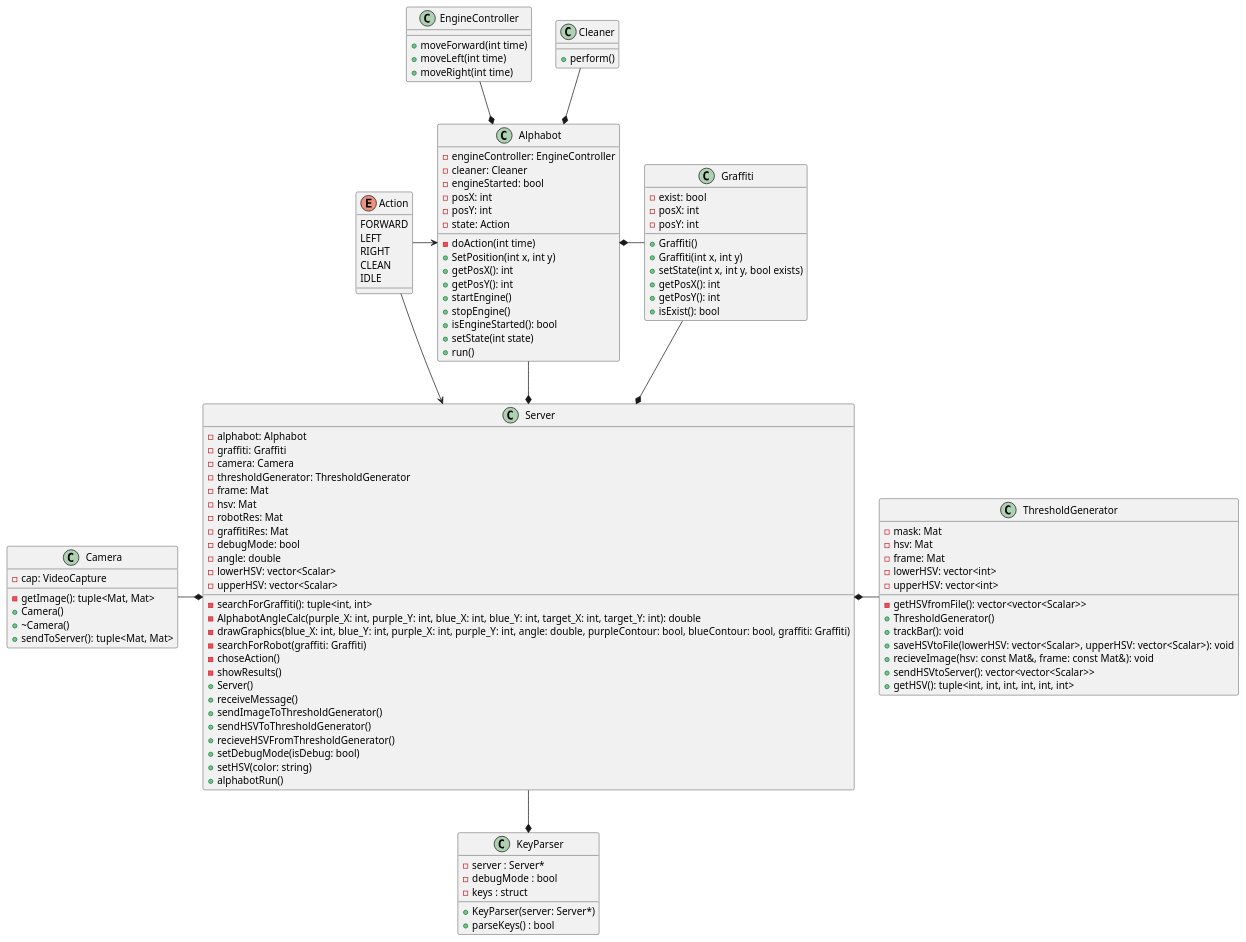
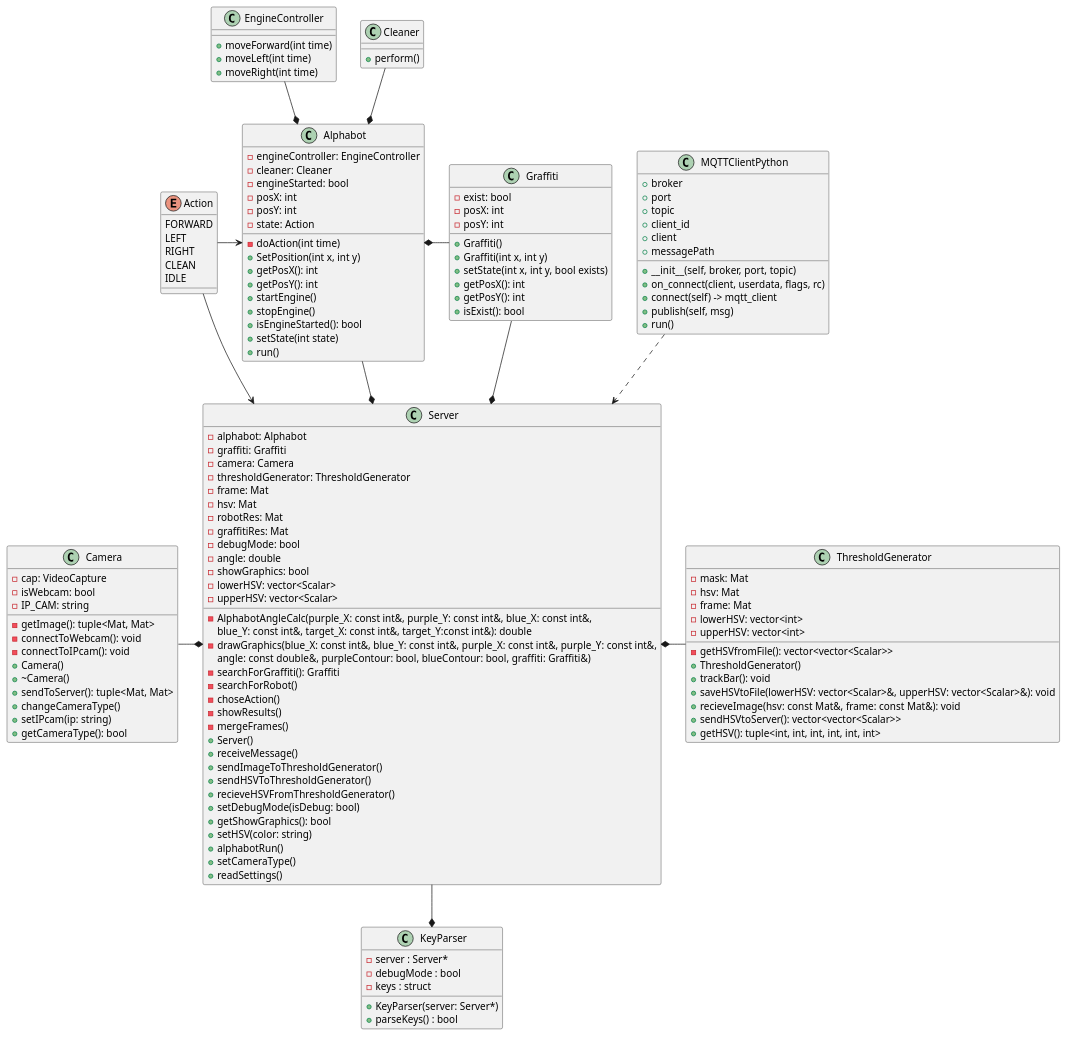
The diagram in docs/plantUML.wsd (kolganovr/Alphabot), drawn with PlantUML before and after one commit. The commit also changed 1 other file, not shown here.

```diff
--- a/docs/plantUML.wsd
+++ b/docs/plantUML.wsd
@@ -1,121 +1,150 @@
 @startuml Alphabot
 
 enum Action {
     FORWARD
     LEFT
     RIGHT
     CLEAN
     IDLE
 }
 
 class EngineController {
     + moveForward(int time)
     + moveLeft(int time)
     + moveRight(int time)
 }
 
 class Cleaner {
     + perform()
 }
 
 class Camera {
     - cap: VideoCapture
+    - isWebcam: bool
+    - IP_CAM: string
     - getImage(): tuple<Mat, Mat>
+    - connectToWebcam(): void
+    - connectToIPcam(): void
     + Camera()
     + ~Camera()
     + sendToServer(): tuple<Mat, Mat>
+    + changeCameraType()
+    + setIPcam(ip: string)
+    + getCameraType(): bool
 }
 
 class Graffiti {
     - exist: bool
     - posX: int
     - posY: int
     + Graffiti()
     + Graffiti(int x, int y)
     + setState(int x, int y, bool exists)
     + getPosX(): int
     + getPosY(): int
     + isExist(): bool
 }
 
 class Alphabot {
     - engineController: EngineController
     - cleaner: Cleaner
     - engineStarted: bool
     - posX: int
     - posY: int
     - state: Action
     - doAction(int time)
     + SetPosition(int x, int y)
     + getPosX(): int
     + getPosY(): int
     + startEngine()
     + stopEngine()
     + isEngineStarted(): bool
     + setState(int state)
     + run()
 }
 
 class ThresholdGenerator {
     - mask: Mat
     - hsv: Mat
     - frame: Mat
     - lowerHSV: vector<int>
     - upperHSV: vector<int>
     - getHSVfromFile(): vector<vector<Scalar>>
     + ThresholdGenerator()
     + trackBar(): void
-    + saveHSVtoFile(lowerHSV: vector<Scalar>, upperHSV: vector<Scalar>): void
+    + saveHSVtoFile(lowerHSV: vector<Scalar>&, upperHSV: vector<Scalar>&): void
     + recieveImage(hsv: const Mat&, frame: const Mat&): void
     + sendHSVtoServer(): vector<vector<Scalar>>
     + getHSV(): tuple<int, int, int, int, int, int>
 }
 
 class Server {
 - alphabot: Alphabot
 - graffiti: Graffiti
 - camera: Camera
 - thresholdGenerator: ThresholdGenerator
 - frame: Mat
 - hsv: Mat
 - robotRes: Mat
 - graffitiRes: Mat
 - debugMode: bool
 - angle: double
+- showGraphics: bool
 - lowerHSV: vector<Scalar>
 - upperHSV: vector<Scalar>
-- searchForGraffiti(): tuple<int, int>
-- AlphabotAngleCalc(purple_X: int, purple_Y: int, blue_X: int, blue_Y: int, target_X: int, target_Y: int): double
-- drawGraphics(blue_X: int, blue_Y: int, purple_X: int, purple_Y: int, angle: double, purpleContour: bool, blueContour: bool, graffiti: Graffiti)
-- searchForRobot(graffiti: Graffiti)
+- AlphabotAngleCalc(purple_X: const int&, purple_Y: const int&, blue_X: const int&, 
+blue_Y: const int&, target_X: const int&, target_Y:const int&): double
+- drawGraphics(blue_X: const int&, blue_Y: const int&, purple_X: const int&, purple_Y: const int&, 
+angle: const double&, purpleContour: bool, blueContour: bool, graffiti: Graffiti&)
+- searchForGraffiti(): Graffiti
+- searchForRobot()
 - choseAction()
 - showResults()
+- mergeFrames()
 + Server()
 + receiveMessage()
 + sendImageToThresholdGenerator()
 + sendHSVToThresholdGenerator()
 + recieveHSVFromThresholdGenerator()
 + setDebugMode(isDebug: bool)
++ getShowGraphics(): bool
 + setHSV(color: string)
 + alphabotRun()
++ setCameraType()
++ readSettings()
 }
 
 class KeyParser {
     -server : Server*
     -debugMode : bool
     -keys : struct
     +KeyParser(server: Server*)
     +parseKeys() : bool
+}
+
+class MQTTClientPython {
+    + broker
+    + port
+    + topic
+    + client_id
+    + client
+    + messagePath
+    + __init__(self, broker, port, topic)
+    + on_connect(client, userdata, flags, rc)
+    + connect(self) -> mqtt_client
+    + publish(self, msg)
+    + run()
 }
 
 EngineController --* Alphabot
 Cleaner --* Alphabot
 Alphabot *- Graffiti
 Action -> Alphabot
 Action --> Server
 Graffiti --* Server
 Server *- ThresholdGenerator
 Camera -* Server
 Alphabot --* Server
 Server --* KeyParser
+MQTTClientPython ..> Server
 @enduml
```
